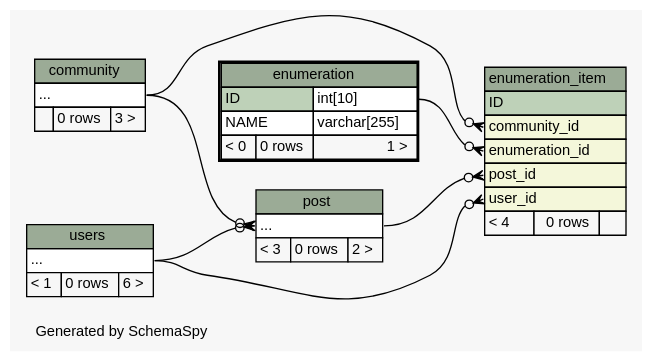
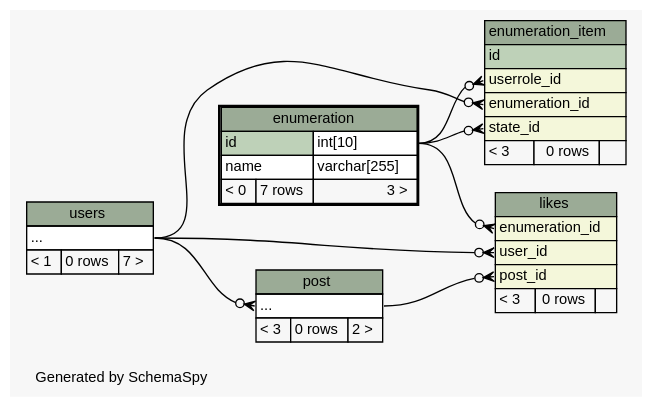
Before and after one commit to chr-krenn/chr-krenn-fhj-ws2017-sd17-pse: the diagram in doc/db_schema/diagrams/enumeration.2degrees.dot, drawn with Graphviz. The commit also changed 65 other files, not shown here.

```diff
--- a/doc/db_schema/diagrams/enumeration.2degrees.dot
+++ b/doc/db_schema/diagrams/enumeration.2degrees.dot
@@ -1,83 +1,85 @@
 // dot 2.40.1 on Linux 4.12.5-300.fc26.x86_64
 // SchemaSpy rev 590
 digraph "twoDegreesRelationshipsDiagram" {
   graph [
     rankdir="RL"
     bgcolor="#f7f7f7"
     label="\nGenerated by SchemaSpy"
     labeljust="l"
     nodesep="0.18"
     ranksep="0.46"
     fontname="Helvetica"
     fontsize="11"
   ];
   node [
     fontname="Helvetica"
     fontsize="11"
     shape="plaintext"
   ];
   edge [
     arrowsize="0.8"
   ];
-  "enumeration_item":"community_id":w -> "community":"elipses":e [arrowhead=none dir=back arrowtail=crowodot];
-  "enumeration_item":"enumeration_id":w -> "enumeration":"ID.type":e [arrowhead=none dir=back arrowtail=crowodot];
-  "enumeration_item":"post_id":w -> "post":"elipses":e [arrowhead=none dir=back arrowtail=crowodot];
-  "enumeration_item":"user_id":w -> "users":"elipses":e [arrowhead=none dir=back arrowtail=crowodot];
-  "post":"elipses":w -> "community":"elipses":e [arrowhead=none dir=back arrowtail=crowodot];
+  "enumeration_item":"enumeration_id":w -> "users":"elipses":e [arrowhead=none dir=back arrowtail=crowodot];
+  "enumeration_item":"state_id":w -> "enumeration":"id.type":e [arrowhead=none dir=back arrowtail=crowodot];
+  "enumeration_item":"userrole_id":w -> "enumeration":"id.type":e [arrowhead=none dir=back arrowtail=crowodot];
+  "likes":"enumeration_id":w -> "enumeration":"id.type":e [arrowhead=none dir=back arrowtail=crowodot];
+  "likes":"post_id":w -> "post":"elipses":e [arrowhead=none dir=back arrowtail=crowodot];
+  "likes":"user_id":w -> "users":"elipses":e [arrowhead=none dir=back arrowtail=crowodot];
   "post":"elipses":w -> "users":"elipses":e [arrowhead=none dir=back arrowtail=crowodot];
-  "community" [
-    label=<
-    <TABLE BORDER="0" CELLBORDER="1" CELLSPACING="0" BGCOLOR="#ffffff">
-      <TR><TD COLSPAN="3" BGCOLOR="#9bab96" ALIGN="CENTER">community</TD></TR>
-      <TR><TD PORT="elipses" COLSPAN="3" ALIGN="LEFT">...</TD></TR>
-      <TR><TD ALIGN="LEFT" BGCOLOR="#f7f7f7">  </TD><TD ALIGN="RIGHT" BGCOLOR="#f7f7f7">0 rows</TD><TD ALIGN="RIGHT" BGCOLOR="#f7f7f7">3 &gt;</TD></TR>
-    </TABLE>>
-    URL="community.html"
-    tooltip="community"
-  ];
   "enumeration" [
     label=<
     <TABLE BORDER="2" CELLBORDER="1" CELLSPACING="0" BGCOLOR="#ffffff">
       <TR><TD COLSPAN="3" BGCOLOR="#9bab96" ALIGN="CENTER">enumeration</TD></TR>
-      <TR><TD PORT="ID" COLSPAN="2" BGCOLOR="#bed1b8" ALIGN="LEFT">ID</TD><TD PORT="ID.type" ALIGN="LEFT">int[10]</TD></TR>
-      <TR><TD PORT="NAME" COLSPAN="2" ALIGN="LEFT">NAME</TD><TD PORT="NAME.type" ALIGN="LEFT">varchar[255]</TD></TR>
-      <TR><TD ALIGN="LEFT" BGCOLOR="#f7f7f7">&lt; 0</TD><TD ALIGN="RIGHT" BGCOLOR="#f7f7f7">0 rows</TD><TD ALIGN="RIGHT" BGCOLOR="#f7f7f7">1 &gt;</TD></TR>
+      <TR><TD PORT="id" COLSPAN="2" BGCOLOR="#bed1b8" ALIGN="LEFT">id</TD><TD PORT="id.type" ALIGN="LEFT">int[10]</TD></TR>
+      <TR><TD PORT="name" COLSPAN="2" ALIGN="LEFT">name</TD><TD PORT="name.type" ALIGN="LEFT">varchar[255]</TD></TR>
+      <TR><TD ALIGN="LEFT" BGCOLOR="#f7f7f7">&lt; 0</TD><TD ALIGN="RIGHT" BGCOLOR="#f7f7f7">7 rows</TD><TD ALIGN="RIGHT" BGCOLOR="#f7f7f7">3 &gt;</TD></TR>
     </TABLE>>
     URL="enumeration.html"
     tooltip="enumeration"
   ];
   "enumeration_item" [
     label=<
     <TABLE BORDER="0" CELLBORDER="1" CELLSPACING="0" BGCOLOR="#ffffff">
       <TR><TD COLSPAN="3" BGCOLOR="#9bab96" ALIGN="CENTER">enumeration_item</TD></TR>
-      <TR><TD PORT="ID" COLSPAN="3" BGCOLOR="#bed1b8" ALIGN="LEFT">ID</TD></TR>
-      <TR><TD PORT="community_id" COLSPAN="3" BGCOLOR="#f4f7da" ALIGN="LEFT">community_id</TD></TR>
+      <TR><TD PORT="id" COLSPAN="3" BGCOLOR="#bed1b8" ALIGN="LEFT">id</TD></TR>
+      <TR><TD PORT="userrole_id" COLSPAN="3" BGCOLOR="#f4f7da" ALIGN="LEFT">userrole_id</TD></TR>
       <TR><TD PORT="enumeration_id" COLSPAN="3" BGCOLOR="#f4f7da" ALIGN="LEFT">enumeration_id</TD></TR>
-      <TR><TD PORT="post_id" COLSPAN="3" BGCOLOR="#f4f7da" ALIGN="LEFT">post_id</TD></TR>
-      <TR><TD PORT="user_id" COLSPAN="3" BGCOLOR="#f4f7da" ALIGN="LEFT">user_id</TD></TR>
-      <TR><TD ALIGN="LEFT" BGCOLOR="#f7f7f7">&lt; 4</TD><TD ALIGN="RIGHT" BGCOLOR="#f7f7f7">0 rows</TD><TD ALIGN="RIGHT" BGCOLOR="#f7f7f7">  </TD></TR>
+      <TR><TD PORT="state_id" COLSPAN="3" BGCOLOR="#f4f7da" ALIGN="LEFT">state_id</TD></TR>
+      <TR><TD ALIGN="LEFT" BGCOLOR="#f7f7f7">&lt; 3</TD><TD ALIGN="RIGHT" BGCOLOR="#f7f7f7">0 rows</TD><TD ALIGN="RIGHT" BGCOLOR="#f7f7f7">  </TD></TR>
     </TABLE>>
     URL="enumeration_item.html"
     tooltip="enumeration_item"
+  ];
+  "likes" [
+    label=<
+    <TABLE BORDER="0" CELLBORDER="1" CELLSPACING="0" BGCOLOR="#ffffff">
+      <TR><TD COLSPAN="3" BGCOLOR="#9bab96" ALIGN="CENTER">likes</TD></TR>
+      <TR><TD PORT="enumeration_id" COLSPAN="3" BGCOLOR="#f4f7da" ALIGN="LEFT">enumeration_id</TD></TR>
+      <TR><TD PORT="user_id" COLSPAN="3" BGCOLOR="#f4f7da" ALIGN="LEFT">user_id</TD></TR>
+      <TR><TD PORT="post_id" COLSPAN="3" BGCOLOR="#f4f7da" ALIGN="LEFT">post_id</TD></TR>
+      <TR><TD ALIGN="LEFT" BGCOLOR="#f7f7f7">&lt; 3</TD><TD ALIGN="RIGHT" BGCOLOR="#f7f7f7">0 rows</TD><TD ALIGN="RIGHT" BGCOLOR="#f7f7f7">  </TD></TR>
+    </TABLE>>
+    URL="likes.html"
+    tooltip="likes"
   ];
   "post" [
     label=<
     <TABLE BORDER="0" CELLBORDER="1" CELLSPACING="0" BGCOLOR="#ffffff">
       <TR><TD COLSPAN="3" BGCOLOR="#9bab96" ALIGN="CENTER">post</TD></TR>
       <TR><TD PORT="elipses" COLSPAN="3" ALIGN="LEFT">...</TD></TR>
       <TR><TD ALIGN="LEFT" BGCOLOR="#f7f7f7">&lt; 3</TD><TD ALIGN="RIGHT" BGCOLOR="#f7f7f7">0 rows</TD><TD ALIGN="RIGHT" BGCOLOR="#f7f7f7">2 &gt;</TD></TR>
     </TABLE>>
     URL="post.html"
     tooltip="post"
   ];
   "users" [
     label=<
     <TABLE BORDER="0" CELLBORDER="1" CELLSPACING="0" BGCOLOR="#ffffff">
       <TR><TD COLSPAN="3" BGCOLOR="#9bab96" ALIGN="CENTER">users</TD></TR>
       <TR><TD PORT="elipses" COLSPAN="3" ALIGN="LEFT">...</TD></TR>
-      <TR><TD ALIGN="LEFT" BGCOLOR="#f7f7f7">&lt; 1</TD><TD ALIGN="RIGHT" BGCOLOR="#f7f7f7">0 rows</TD><TD ALIGN="RIGHT" BGCOLOR="#f7f7f7">6 &gt;</TD></TR>
+      <TR><TD ALIGN="LEFT" BGCOLOR="#f7f7f7">&lt; 1</TD><TD ALIGN="RIGHT" BGCOLOR="#f7f7f7">0 rows</TD><TD ALIGN="RIGHT" BGCOLOR="#f7f7f7">7 &gt;</TD></TR>
     </TABLE>>
     URL="users.html"
     tooltip="users"
   ];
 }
```
